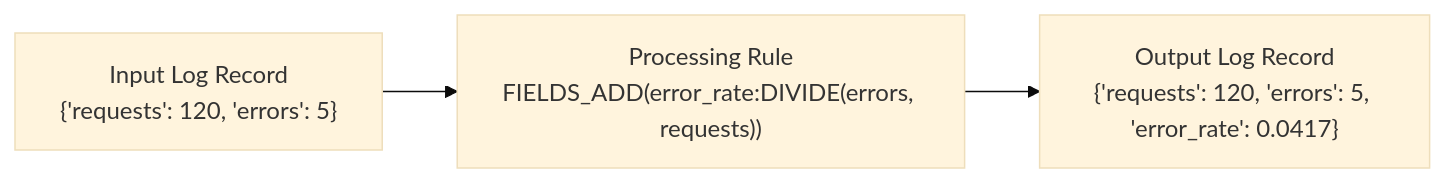
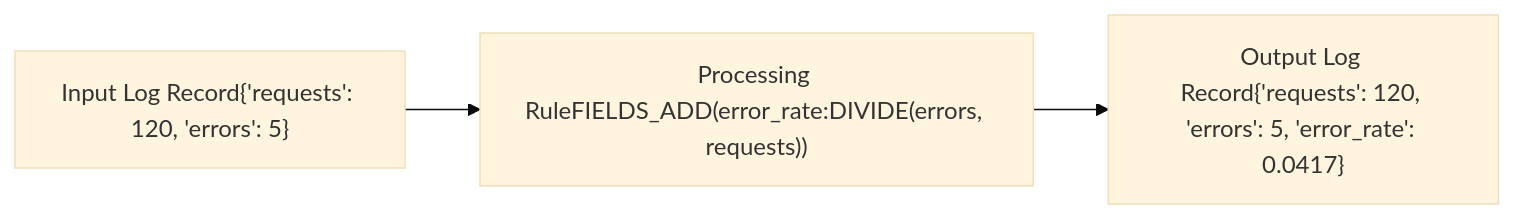
One commit to Marc-Nueno-Montolio/EC_onsite changed diagram 15 of 18 in app/courses/01-log-monitoring/sections/05-create-log-processing-rules/content.md. Above: the diagram before and after it, drawn with Mermaid (base theme). The commit also changed other lines of this file and 7 other files, not shown here.

````diff
--- a/app/courses/01-log-monitoring/sections/05-create-log-processing-rules/content.md
+++ b/app/courses/01-log-monitoring/sections/05-create-log-processing-rules/content.md
@@ -197,6 +203,6 @@
-	```mermaid
-	graph LR
-	    id1["Input Log Record<br>{'requests': 120, 'errors': 5}"] -->
-	    id2["Processing Rule<br>FIELDS_ADD(error_rate:DIVIDE(errors, requests))"] -->
-	    id3["Output Log Record<br>{'requests': 120, 'errors': 5, 'error_rate': 0.0417}"]
-	```
+```mermaid
+graph LR
+	id1["Input Log Record{'requests': 120, 'errors': 5}"] -->
+	id2["Processing RuleFIELDS_ADD(error_rate:DIVIDE(errors, requests))"] -->
+	id3["Output Log Record{'requests': 120, 'errors': 5, 'error_rate': 0.0417}"]
+```
````
